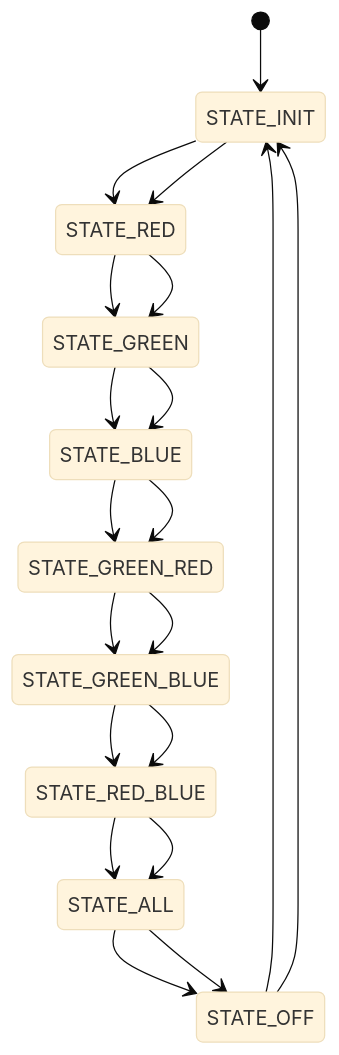
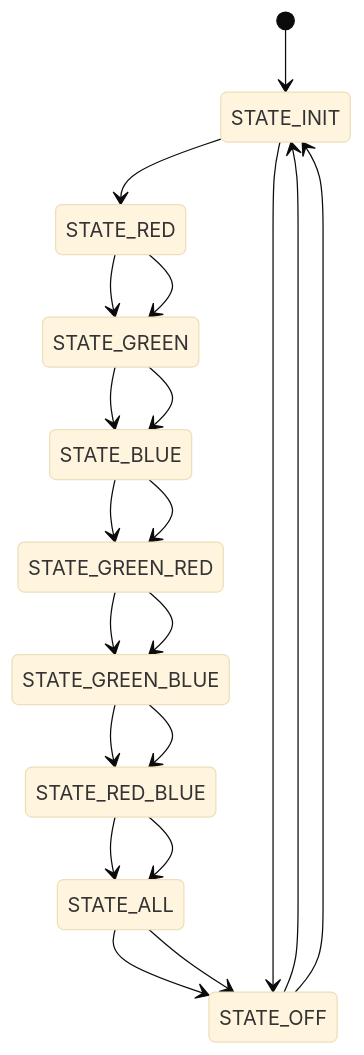
One commit to AngelMzno/iodraw-files changed the diagram in all/Mapa de Estado.md. Above: the diagram before and after it, drawn with Mermaid (base theme).

Commit message:
2024-09-03 19:40:32 update

````diff
--- a/all/Mapa de Estado.md
+++ b/all/Mapa de Estado.md
@@ -1,27 +1,27 @@
 ```mermaid
 stateDiagram-v2
 [*]-->STATE_INIT
 STATE_INIT --> STATE_RED
 STATE_RED --> STATE_GREEN
 STATE_GREEN-->STATE_BLUE
 STATE_BLUE -->STATE_GREEN_RED
 STATE_GREEN_RED -->STATE_GREEN_BLUE
 STATE_GREEN_BLUE-->STATE_RED_BLUE
 STATE_RED_BLUE-->STATE_ALL
 STATE_ALL-->STATE_OFF
 STATE_OFF-->STATE_INIT
 
 [*]STATE_INIT
-STATE_INIT --> STATE_RED
+STATE_INIT --> STATE_OFF
 STATE_RED --> STATE_GREEN
 STATE_GREEN-->STATE_BLUE
 STATE_BLUE -->STATE_GREEN_RED
 STATE_GREEN_RED -->STATE_GREEN_BLUE
 STATE_GREEN_BLUE-->STATE_RED_BLUE
 STATE_RED_BLUE-->STATE_ALL
 STATE_ALL-->STATE_OFF
 STATE_OFF-->STATE_INIT
 
 
 
 ```
````
